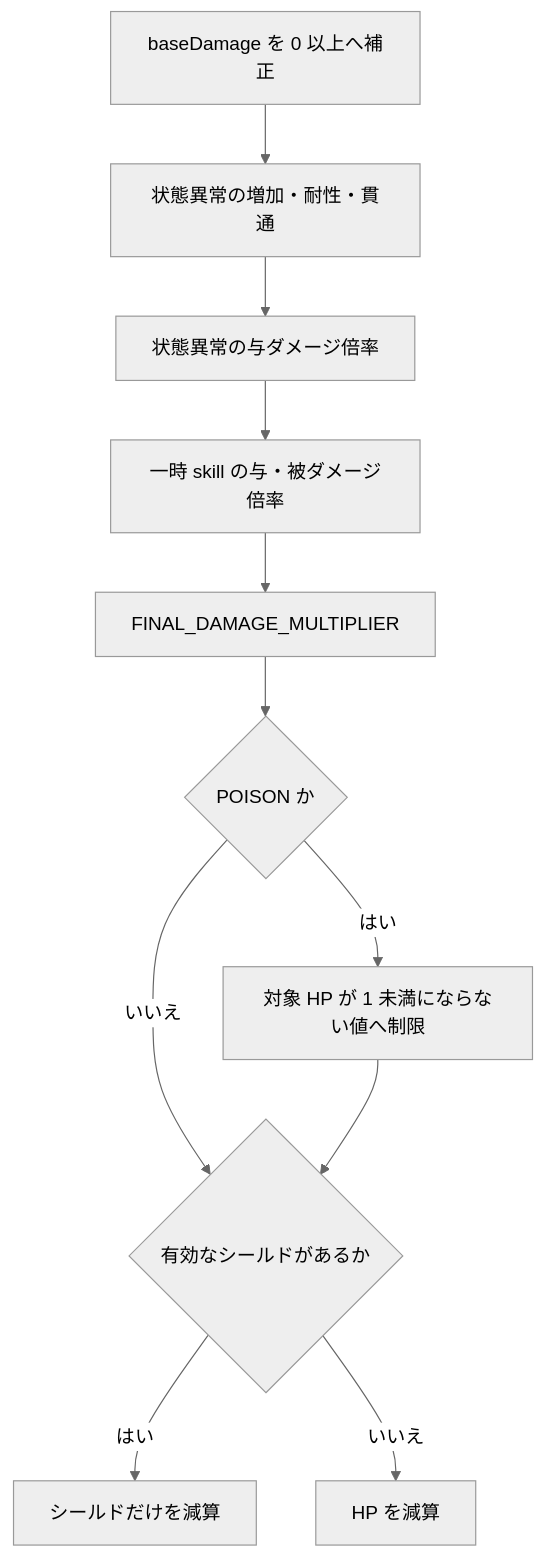
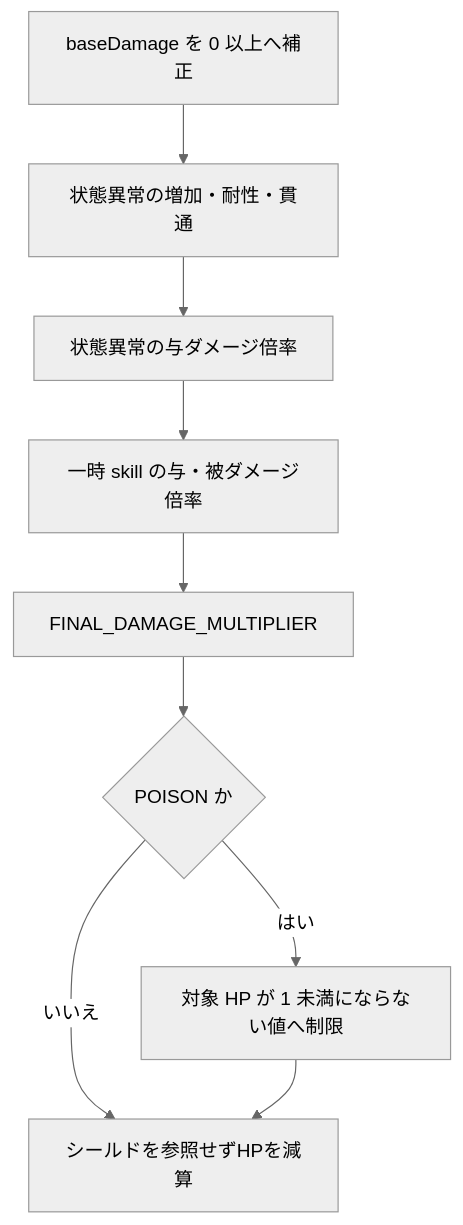
One commit to maaasu/AstralRecord-Workspace changed the second of 2 diagrams in 00_docs/60_戦闘バランス設計書/01-戦闘計算.md. Above: the diagram before and after it, drawn with Mermaid (neutral theme). The commit also changed other lines of this file and 48 other files, not shown here.

````diff
--- a/00_docs/60_戦闘バランス設計書/01-戦闘計算.md
+++ b/00_docs/60_戦闘バランス設計書/01-戦闘計算.md
@@ -449,13 +457,11 @@
 ```mermaid
 flowchart TD
     A["baseDamage を 0 以上へ補正"] --> B["状態異常の増加・耐性・貫通"]
     B --> C["状態異常の与ダメージ倍率"]
     C --> D["一時 skill の与・被ダメージ倍率"]
     D --> E["FINAL_DAMAGE_MULTIPLIER"]
     E --> F{"POISON か"}
     F -- "はい" --> G["対象 HP が 1 未満にならない値へ制限"]
-    F -- "いいえ" --> H{"有効なシールドがあるか"}
-    G --> H
-    H -- "はい" --> I["シールドだけを減算"]
-    H -- "いいえ" --> J["HP を減算"]
+    F -- "いいえ" --> J["シールドを参照せずHPを減算"]
+    G --> J
 ```
````
